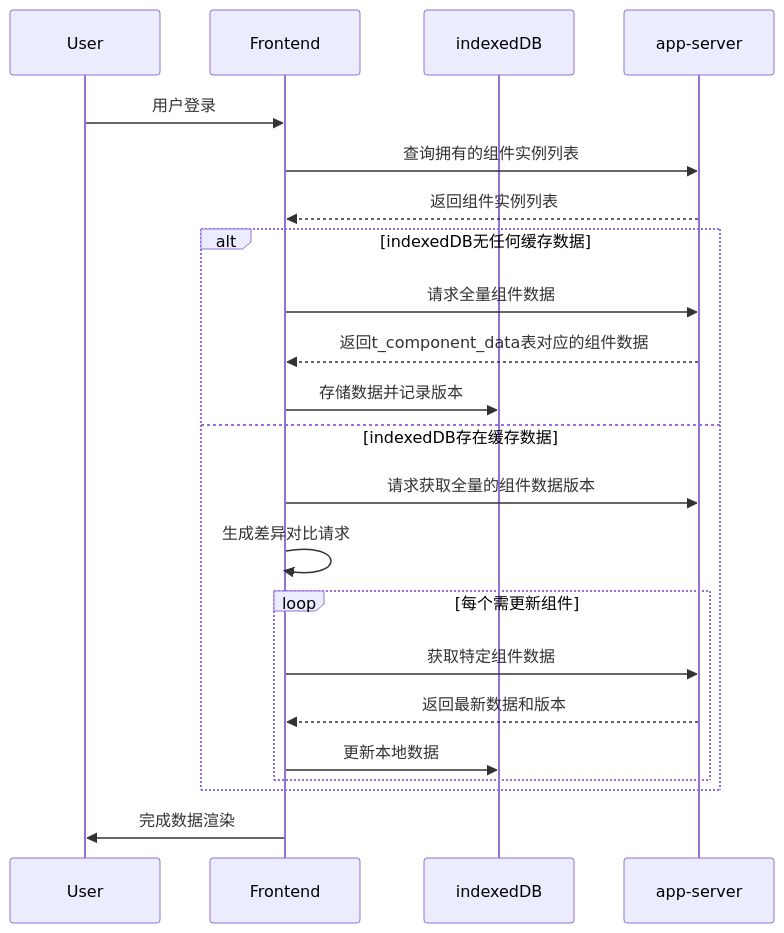
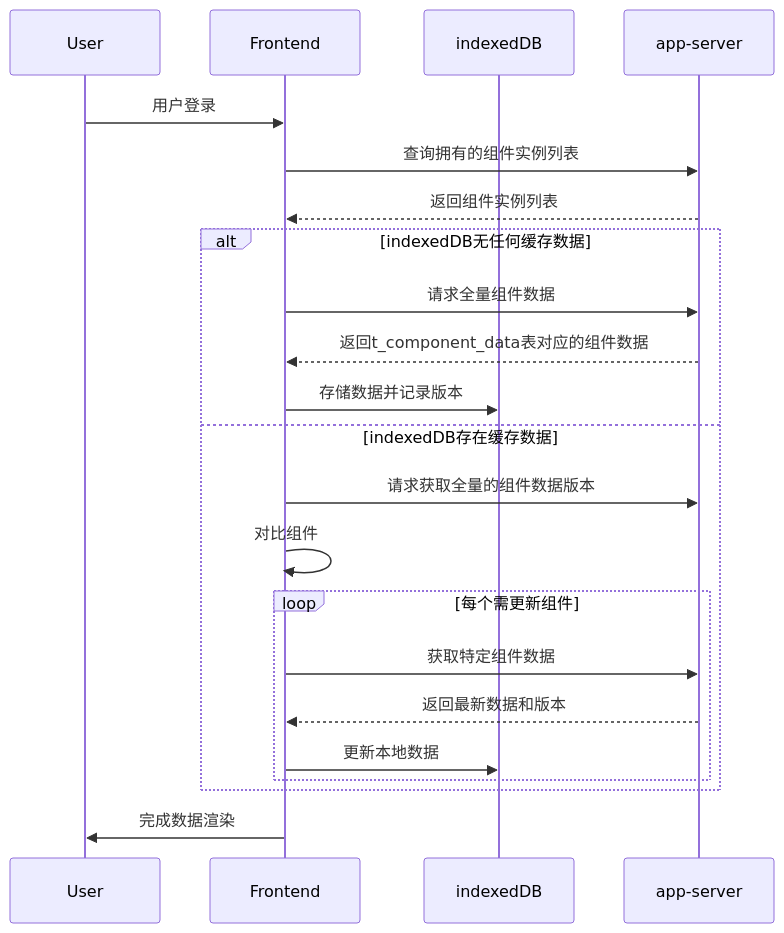
Before and after one commit to yingjianzh/iodraw-files: the diagram in all/未命名-24.md, drawn with Mermaid.

Commit message:
2025-02-24 17:12:44 update

````diff
--- a/all/未命名-24.md
+++ b/all/未命名-24.md
@@ -1,26 +1,26 @@
 ```mermaid
 sequenceDiagram
     participant User
     participant Frontend
     participant indexedDB
     participant app-server
 
     User->>Frontend: 用户登录
     Frontend->>app-server: 查询拥有的组件实例列表
     app-server-->>Frontend: 返回组件实例列表
     
     alt indexedDB无任何缓存数据
         Frontend->>app-server: 请求全量组件数据
         app-server-->>Frontend: 返回t_component_data表对应的组件数据
         Frontend->>indexedDB: 存储数据并记录版本
     else indexedDB存在缓存数据
         Frontend->>app-server: 请求获取全量的组件数据版本
-        Frontend->>Frontend: 生成差异对比请求
+        Frontend->>Frontend: 对比组件
         loop 每个需更新组件
             Frontend->>app-server: 获取特定组件数据
             app-server-->>Frontend: 返回最新数据和版本
             Frontend->>indexedDB: 更新本地数据
         end
     end
     Frontend->>User: 完成数据渲染
 ```
````
